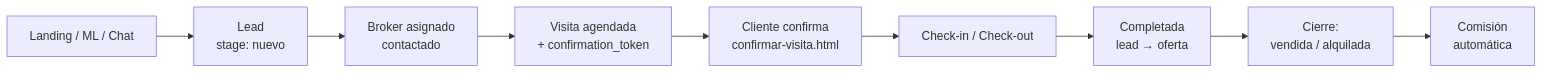
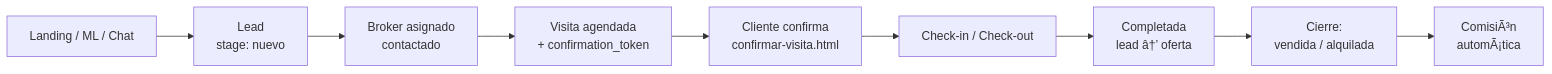
The fourth of 4 diagrams in README.md (facuherrera23/BH-OFICIAL), drawn with Mermaid before and after one commit. The commit also changed other lines of this file, not shown here.

````diff
--- a/README.md
+++ b/README.md
@@ -851,11 +851,11 @@
 ```mermaid
 flowchart LR
     A[Landing / ML / Chat] --> B[Lead<br/>stage: nuevo]
     B --> C[Broker asignado<br/>contactado]
     C --> D[Visita agendada<br/>+ confirmation_token]
     D --> E[Cliente confirma<br/>confirmar-visita.html]
     E --> F[Check-in / Check-out]
-    F --> G[Completada<br/>lead → oferta]
+    F --> G[Completada<br/>lead â†’ oferta]
     G --> H[Cierre:<br/>vendida / alquilada]
-    H --> I[Comisión<br/>automática]
+    H --> I[ComisiÃ³n<br/>automÃ¡tica]
 ```
````
